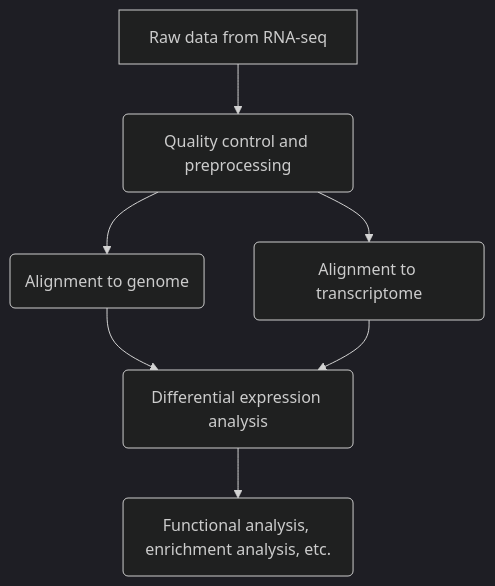
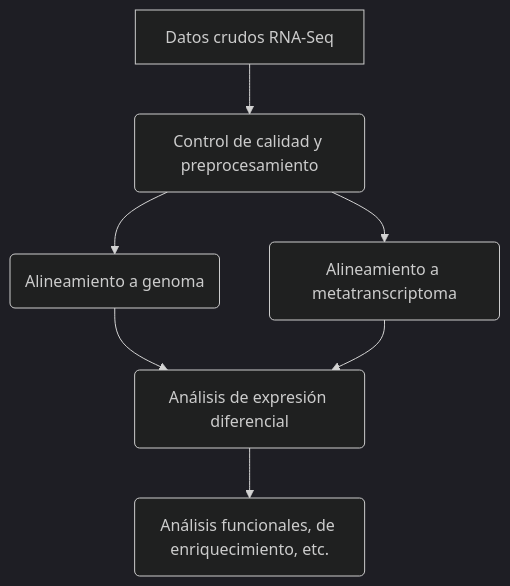
One commit to LuiguiGallardo/nextflow_rna_seq changed the diagram in README.md. Above: the diagram before and after it, drawn with Mermaid (dark theme). The commit also changed 1 other file, not shown here.

Commit message:
Update to README.md

````diff
--- a/README.md
+++ b/README.md
@@ -253,9 +253,9 @@
 ```mermaid
 graph
-    a[Raw data from RNA-seq] --> b(Quality control and preprocessing)
-    b --> c(Alignment to genome)
-    b --> d(Alignment to transcriptome)
+    a[Datos crudos RNA-Seq] --> b(Control de calidad y preprocesamiento)
+    b --> c(Alineamiento a genoma)
+    b --> d(Alineamiento a metatranscriptoma)
     c --> f
-    d --> f(Differential expression analysis)
-    f --> g(Functional analysis, enrichment analysis, etc.)
+    d --> f(Análisis de expresión diferencial)
+    f --> g(Análisis funcionales, de enriquecimiento, etc.)
 ```
````
